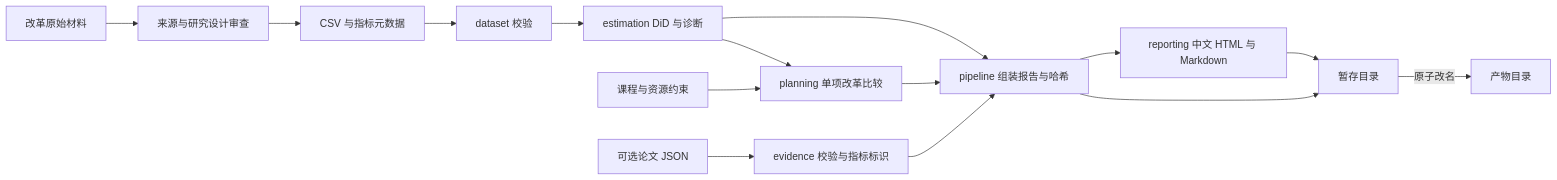
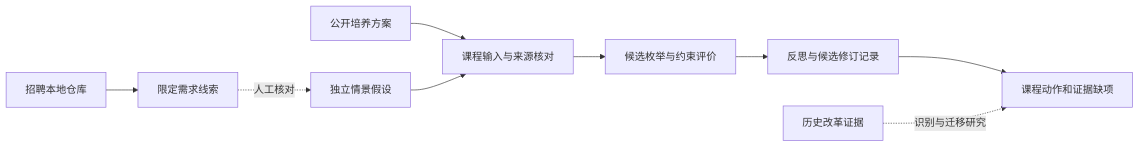
One commit to Nenieco-001/chanjiao-evidence changed the diagram in docs/architecture.md. Above: the diagram before and after it, drawn with Mermaid. The commit also changed other lines of this file and 60 other files, not shown here.

````diff
--- a/docs/architecture.md
+++ b/docs/architecture.md
@@ -7,17 +9,11 @@
 ```mermaid
 flowchart LR
-  A[改革原始材料] --> B[来源与研究设计审查]
-  B --> C[CSV 与指标元数据]
-  C --> D[dataset 校验]
-  D --> E[estimation DiD 与诊断]
-  E --> F[planning 单项改革比较]
-  G[课程与资源约束] --> F
-  E --> H[pipeline 组装报告与哈希]
-  F --> H
-  K[可选论文 JSON] --> L[evidence 校验与指标标识]
-  L --> H
-  H --> M[reporting 中文 HTML 与 Markdown]
-  M --> I
-  H --> I[暂存目录]
-  I -->|原子改名| J[产物目录]
+ A[公开培养方案] --> C[课程输入与来源核对]
+ B[独立情景假设] --> C
+ C --> D[候选枚举与约束评价]
+ D --> E[反思与候选修订记录]
+ E --> F[课程动作和证据缺项]
+ G[招聘本地仓库] --> H[限定需求线索]
+ H -.人工核对.-> B
+ I[历史改革证据] -.识别与迁移研究.-> F
 ```
````
